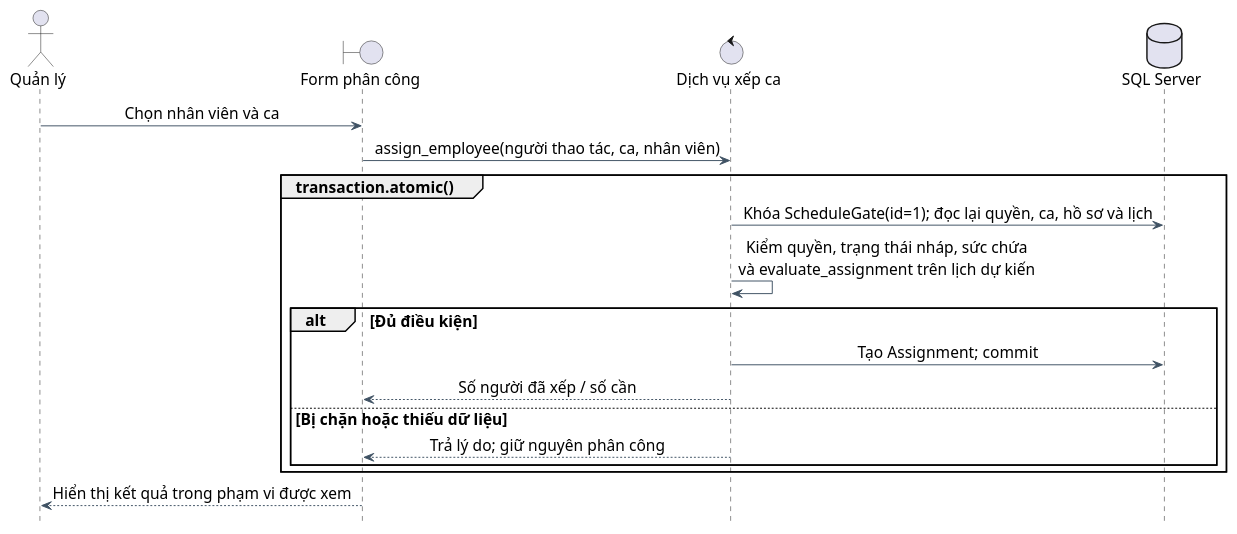
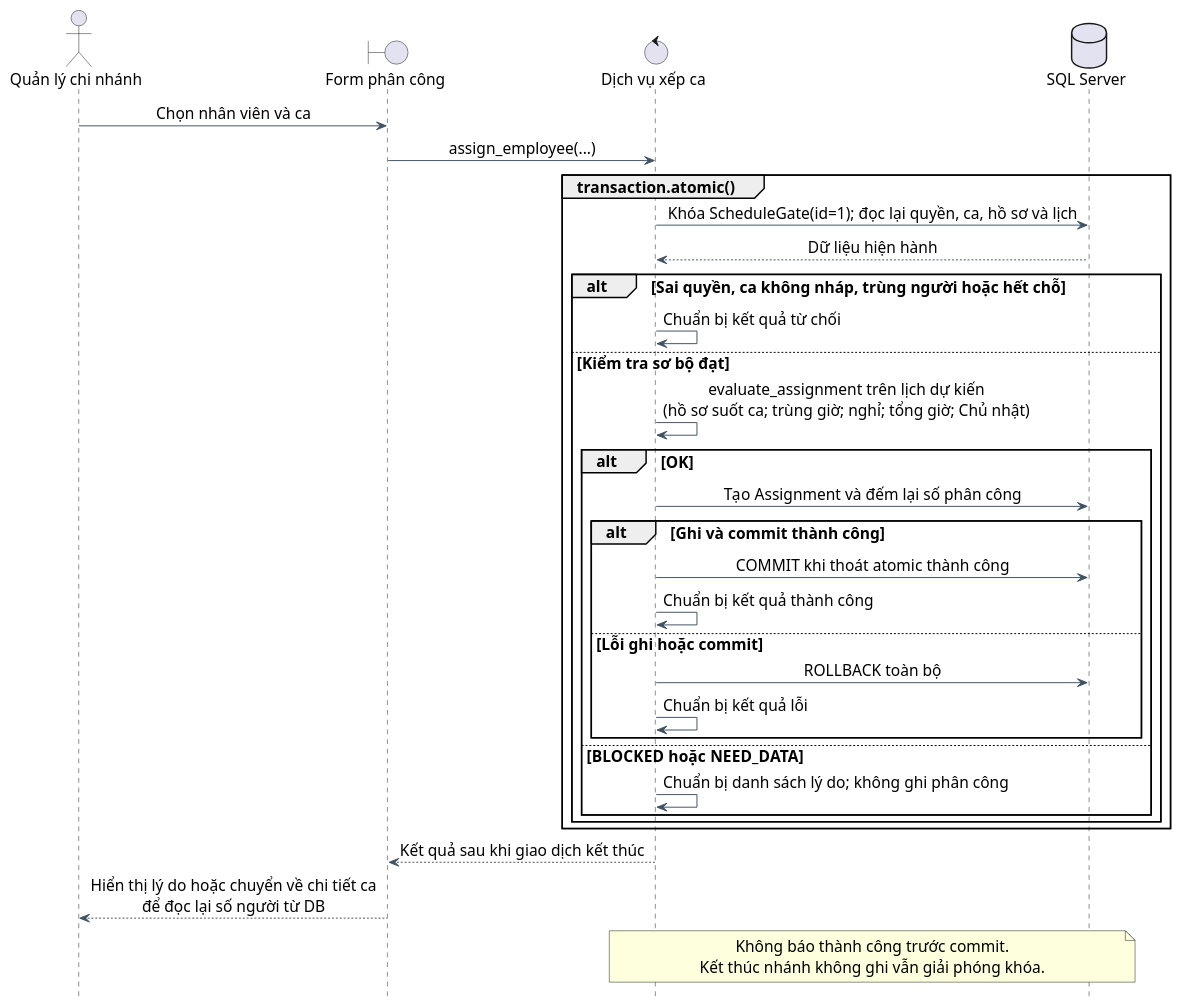
The diagram in HO_SO_DT05/diagram_bao_cao/07_trinh_tu_phan_cong.puml (hn69969669/TTCN_DT05_HoSoNV-SXepCa), drawn with PlantUML before and after one commit. The commit also changed 66 other files, not shown here.

```diff
--- a/HO_SO_DT05/diagram_bao_cao/07_trinh_tu_phan_cong.puml
+++ b/HO_SO_DT05/diagram_bao_cao/07_trinh_tu_phan_cong.puml
@@ -1,33 +1,53 @@
 @startuml
 skinparam backgroundColor white
 skinparam defaultFontName Arial
 skinparam defaultFontSize 16
 skinparam shadowing false
 skinparam ArrowColor #3F5264
 skinparam defaultTextAlignment center
 skinparam roundCorner 0
-skinparam monochrome false
 skinparam usecaseBackgroundColor #EFF5F8
 skinparam usecaseBorderColor #385B70
 skinparam rectangleBorderColor #385B70
 skinparam componentStyle rectangle
 skinparam classAttributeIconSize 0
+skinparam activityBackgroundColor #EFF5F8
+skinparam activityBorderColor #385B70
+skinparam stateBackgroundColor #EFF5F8
+skinparam stateBorderColor #385B70
 hide footbox
-actor "Quản lý" as QL
+skinparam maxMessageSize 430
+actor "Quản lý chi nhánh" as QL
 boundary "Form phân công" as UI
 control "Dịch vụ xếp ca" as S
 database "SQL Server" as DB
 QL -> UI : Chọn nhân viên và ca
-UI -> S : assign_employee(người thao tác, ca, nhân viên)
+UI -> S : assign_employee(...)
 group transaction.atomic()
-S -> DB : Khóa ScheduleGate(id=1); đọc lại quyền, ca, hồ sơ và lịch
-S -> S : Kiểm quyền, trạng thái nháp, sức chứa\nvà evaluate_assignment trên lịch dự kiến
-alt Đủ điều kiện
-  S -> DB : Tạo Assignment; commit
-  S --> UI : Số người đã xếp / số cần
-else Bị chặn hoặc thiếu dữ liệu
-  S --> UI : Trả lý do; giữ nguyên phân công
+  S -> DB : Khóa ScheduleGate(id=1); đọc lại quyền, ca, hồ sơ và lịch
+  DB --> S : Dữ liệu hiện hành
+  alt Sai quyền, ca không nháp, trùng người hoặc hết chỗ
+    S -> S : Chuẩn bị kết quả từ chối
+  else Kiểm tra sơ bộ đạt
+    S -> S : evaluate_assignment trên lịch dự kiến\n(hồ sơ suốt ca; trùng giờ; nghỉ; tổng giờ; Chủ nhật)
+    alt OK
+      S -> DB : Tạo Assignment và đếm lại số phân công
+      alt Ghi và commit thành công
+        S -> DB : COMMIT khi thoát atomic thành công
+        S -> S : Chuẩn bị kết quả thành công
+      else Lỗi ghi hoặc commit
+        S -> DB : ROLLBACK toàn bộ
+        S -> S : Chuẩn bị kết quả lỗi
+      end
+    else BLOCKED hoặc NEED_DATA
+      S -> S : Chuẩn bị danh sách lý do; không ghi phân công
+    end
+  end
 end
-end
-UI --> QL : Hiển thị kết quả trong phạm vi được xem
+S --> UI : Kết quả sau khi giao dịch kết thúc
+UI --> QL : Hiển thị lý do hoặc chuyển về chi tiết ca\nđể đọc lại số người từ DB
+note over S, DB
+  Không báo thành công trước commit.
+  Kết thúc nhánh không ghi vẫn giải phóng khóa.
+end note
 @enduml
```
